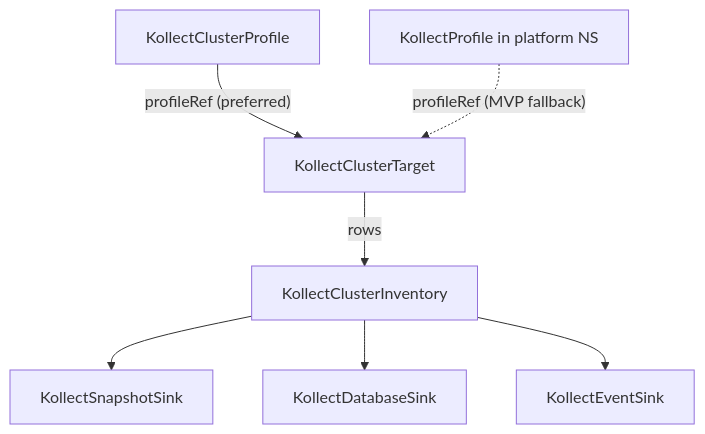
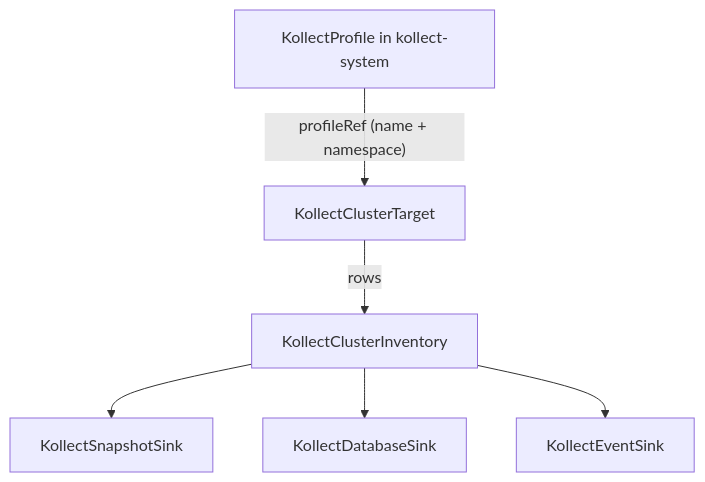
Before and after one commit to PlatformRelay/Kollect: the diagram in docs/crds/kollectclustertarget.md, drawn with Mermaid. The commit also changed other lines of this file and 22 other files, not shown here.

````diff
--- a/docs/crds/kollectclustertarget.md
+++ b/docs/crds/kollectclustertarget.md
@@ -21,17 +21,15 @@
 ```mermaid
 flowchart TD
-  CProf[KollectClusterProfile]
-  Profile[KollectProfile in platform NS]
+  Profile[KollectProfile in kollect-system]
   CTarget[KollectClusterTarget]
   CInv[KollectClusterInventory]
   Snap[KollectSnapshotSink]
   Db[KollectDatabaseSink]
   Ev[KollectEventSink]
 
-  CProf -->|"profileRef (preferred)"| CTarget
-  Profile -.->|"profileRef (MVP fallback)"| CTarget
+  Profile -->|"profileRef (name + namespace)"| CTarget
   CTarget -->|rows| CInv
   CInv --> Snap
   CInv --> Db
   CInv --> Ev
 ```
````
